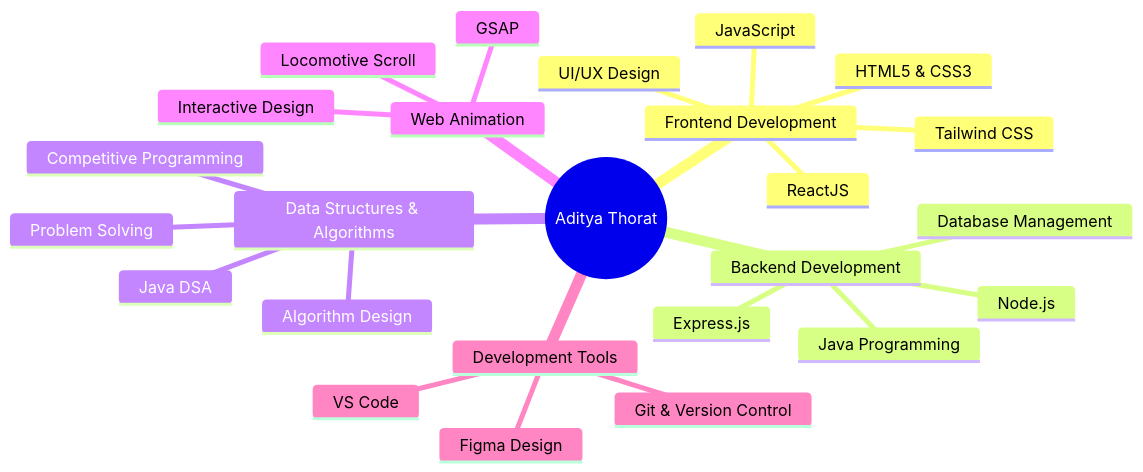
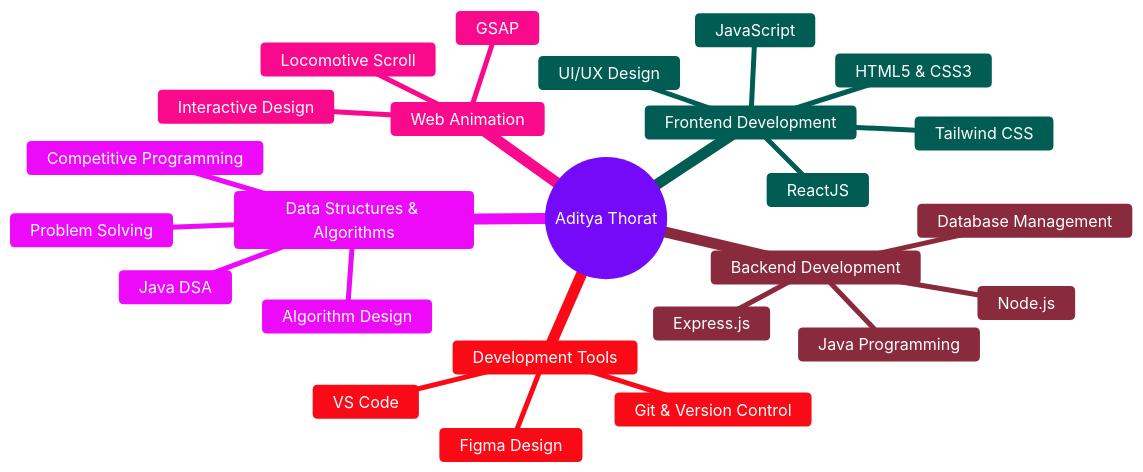
One commit to AdiThorat-eth/AdiThorat-eth changed the diagram in README.md. Above: the diagram before and after it, drawn with Mermaid. The commit also changed other lines of this file, not shown here.

Commit message:
Update mermaid diagram in README.md

````diff
--- a/README.md
+++ b/README.md
@@ -86,28 +85,29 @@
 ```mermaid
+%%{init: {'theme':'base', 'themeVariables': { 'primaryColor':'#bb86fc','primaryTextColor':'#fff','primaryBorderColor':'#7c4dff','lineColor':'#bb86fc','secondaryColor':'#03dac6','tertiaryColor':'#cf6679','fontSize':'16px'}}}%%
 mindmap
   root((Aditya Thorat))
     Frontend Development
       ReactJS
       HTML5 & CSS3
       JavaScript
       Tailwind CSS
       UI/UX Design
     Backend Development
       Java Programming
       Node.js
       Express.js
       Database Management
     Data Structures & Algorithms
       Problem Solving
       Algorithm Design
       Java DSA
       Competitive Programming
     Web Animation
       GSAP
       Locomotive Scroll
       Interactive Design
     Development Tools
       Git & Version Control
       VS Code
       Figma Design
 ```
````
